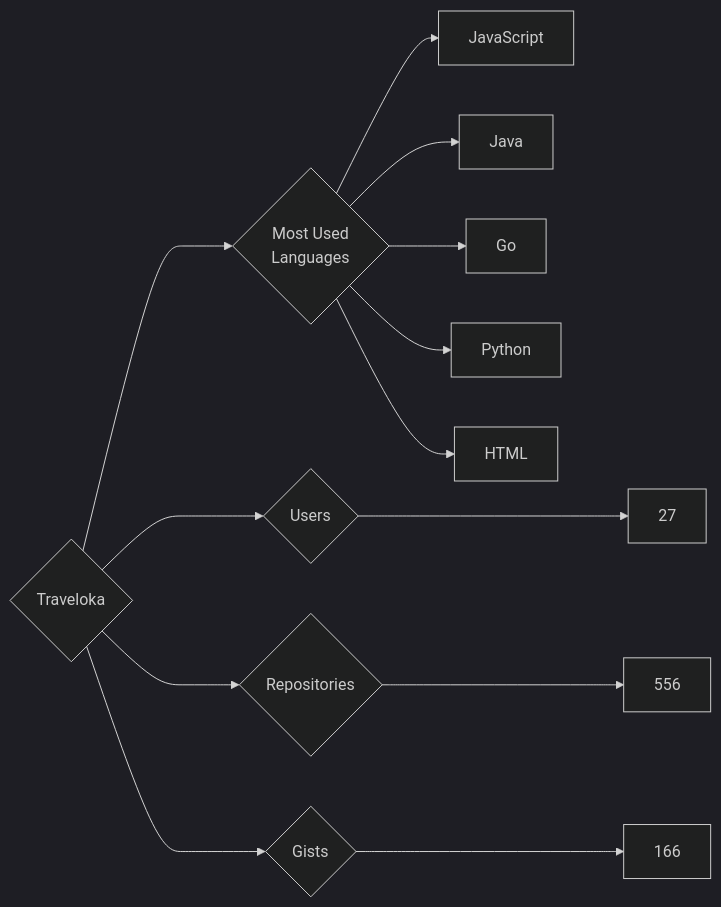
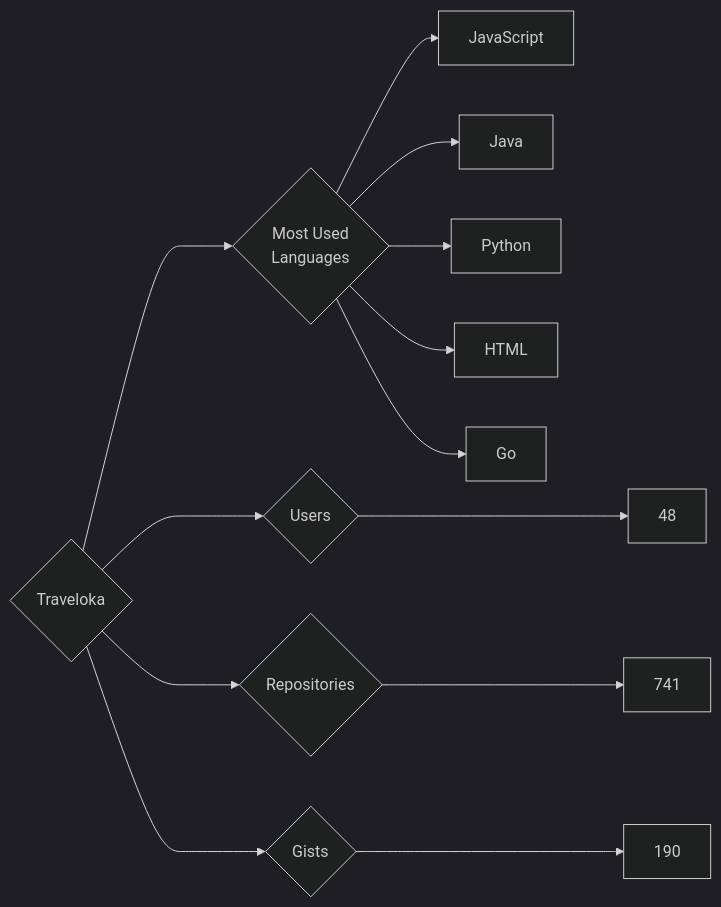
One commit to trickest/insiders changed the diagram in targets/Traveloka/README.md. Above: the diagram before and after it, drawn with Mermaid (dark theme). The commit also changed 970 other files, not shown here.

````diff
--- a/targets/Traveloka/README.md
+++ b/targets/Traveloka/README.md
@@ -3,13 +3,13 @@
 ```mermaid
 graph LR
 COMPANY_NAME{Traveloka}
-COMPANY_NAME ---> U{Users} ---> UN[27]
-COMPANY_NAME ---> R{Repositories} ---> RN[556]
-COMPANY_NAME ---> G{Gists} ---> GN[166]
+COMPANY_NAME ---> U{Users} ---> UN[48]
+COMPANY_NAME ---> R{Repositories} ---> RN[741]
+COMPANY_NAME ---> G{Gists} ---> GN[190]
 COMPANY_NAME ---> ML{Most Used<br>Languages}
 ML --> JavaScript[JavaScript]
 ML --> Java[Java]
-ML --> Go[Go]
 ML --> Python[Python]
 ML --> HTML[HTML]
+ML --> Go[Go]
 ```
````
